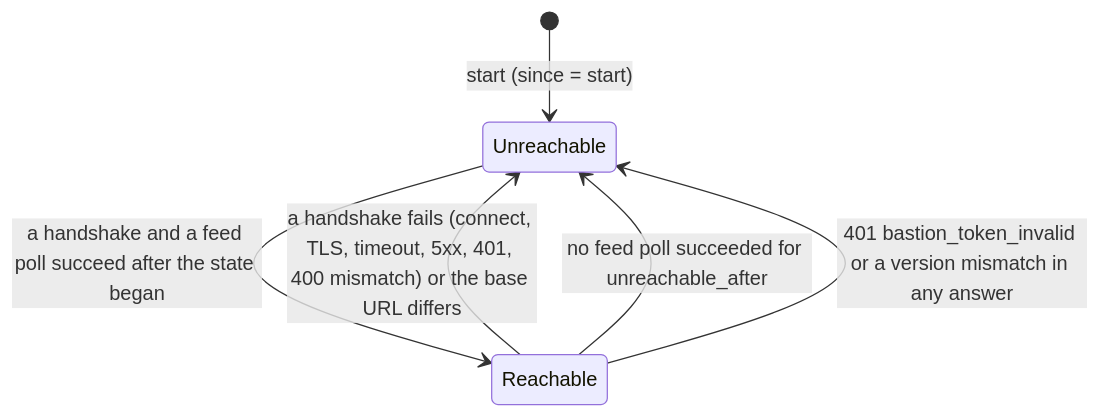
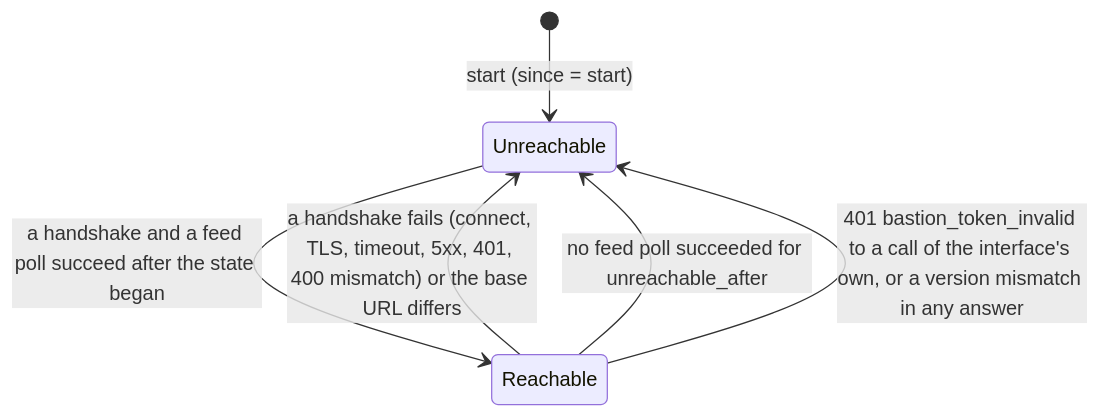
Before and after one commit to guided-traffic/trove: the diagram in docs/developer/bastion.md, drawn with Mermaid. The commit also changed other lines of this file and 46 other files, not shown here.

````diff
--- a/docs/developer/bastion.md
+++ b/docs/developer/bastion.md
@@ -360,8 +361,8 @@
 ```mermaid
 stateDiagram-v2
     [*] --> Unreachable: start (since = start)
     Unreachable --> Reachable: a handshake and a feed poll succeed after the state began
     Reachable --> Unreachable: a handshake fails (connect, TLS, timeout, 5xx, 401, 400 mismatch) or the base URL differs
     Reachable --> Unreachable: no feed poll succeeded for unreachable_after
-    Reachable --> Unreachable: 401 bastion_token_invalid or a version mismatch in any answer
+    Reachable --> Unreachable: 401 bastion_token_invalid to a call of the interface's own, or a version mismatch in any answer
 ```
````
